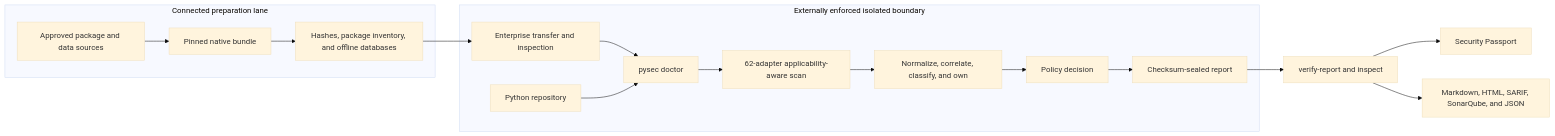
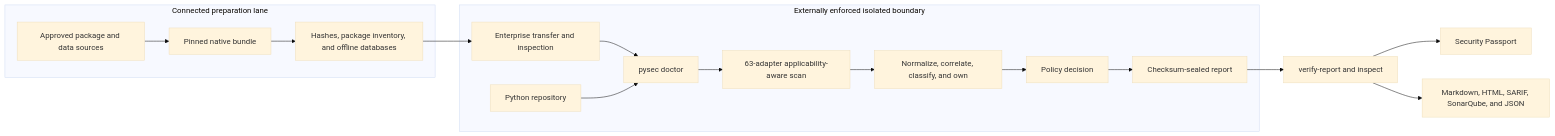
One commit to willtran87/project-py-security-suite changed the diagram in docs/index.md. Above: the diagram before and after it, drawn with Mermaid (base theme). The commit also changed other lines of this file and 24 other files, not shown here.

````diff
--- a/docs/index.md
+++ b/docs/index.md
@@ -31,19 +32,19 @@
 ```mermaid
 flowchart LR
     subgraph Connected["Connected preparation lane"]
         Sources["Approved package and data sources"] --> Bundle["Pinned native bundle"]
         Bundle --> Manifest["Hashes, package inventory, and offline databases"]
     end
     Manifest --> Transfer["Enterprise transfer and inspection"]
     subgraph Isolated["Externally enforced isolated boundary"]
         Transfer --> Doctor["pysec doctor"]
         Repo["Python repository"] --> Doctor
-        Doctor --> Scan["62-adapter applicability-aware scan"]
+        Doctor --> Scan["63-adapter applicability-aware scan"]
         Scan --> Normalize["Normalize, correlate, classify, and own"]
         Normalize --> Gate["Policy decision"]
         Gate --> Seal["Checksum-sealed report"]
     end
     Seal --> Inspect["verify-report and inspect"]
     Inspect --> Passport["Security Passport"]
     Inspect --> GitHub["Markdown, HTML, SARIF, SonarQube, and JSON"]
 ```
````
